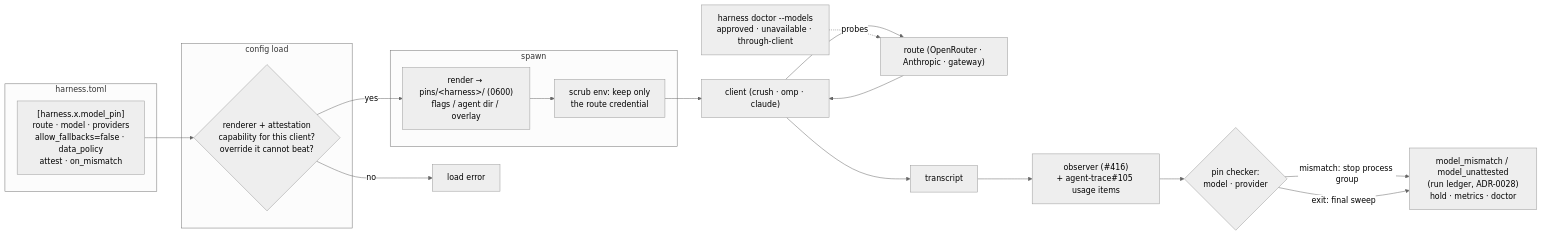
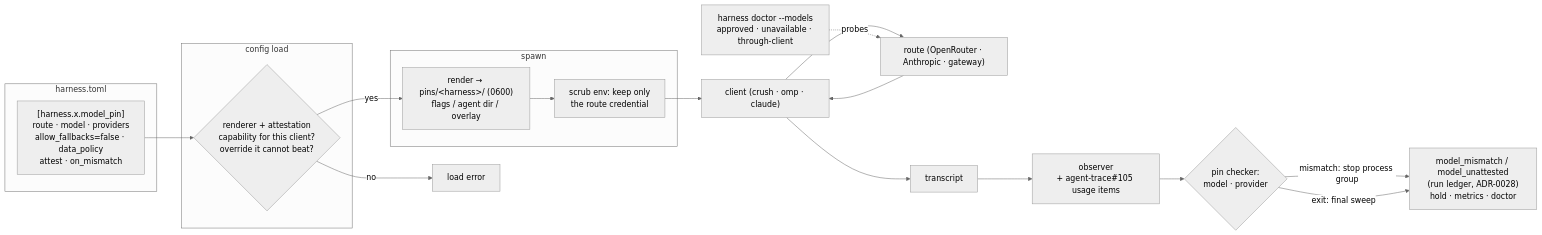
The diagram in docs/adrs/adr-0026-fail-closed-model-pinning.md (stump-wtf/harness), drawn with Mermaid (neutral theme) before and after one commit. The commit also changed other lines of this file and 31 other files, not shown here.

````diff
--- a/docs/adrs/adr-0026-fail-closed-model-pinning.md
+++ b/docs/adrs/adr-0026-fail-closed-model-pinning.md
@@ -426,27 +426,27 @@
 ```mermaid
 flowchart LR
     subgraph cfg["harness.toml"]
         P["[harness.x.model_pin]<br/>route · model · providers<br/>allow_fallbacks=false · data_policy<br/>attest · on_mismatch"]
     end
     subgraph load["config load"]
         CAP{"renderer + attestation<br/>capability for this client?<br/>override it cannot beat?"}
     end
     subgraph spawn["spawn"]
         R["render → pins/&lt;harness&gt;/ (0600)<br/>flags / agent dir / overlay"]
         S["scrub env: keep only<br/>the route credential"]
     end
     C["client (crush · omp · claude)"]
     RT["route (OpenRouter · Anthropic · gateway)"]
     T["transcript"]
-    O["observer (#416)<br/>+ agent-trace#105 usage items"]
+    O["observer<br/>+ agent-trace#105 usage items"]
     A{"pin checker:<br/>model · provider"}
     OUT["model_mismatch / model_unattested<br/>(run ledger, ADR-0028)<br/>hold · metrics · doctor"]
     DOC["harness doctor --models<br/>approved · unavailable · through-client"]
 
     P --> CAP -- "no" --> E["load error"]
     CAP -- "yes" --> R --> S --> C --> RT
     RT --> C --> T --> O --> A
     A -- "mismatch: stop process group" --> OUT
     A -- "exit: final sweep" --> OUT
     DOC -. "probes" .-> RT
 ```
````
